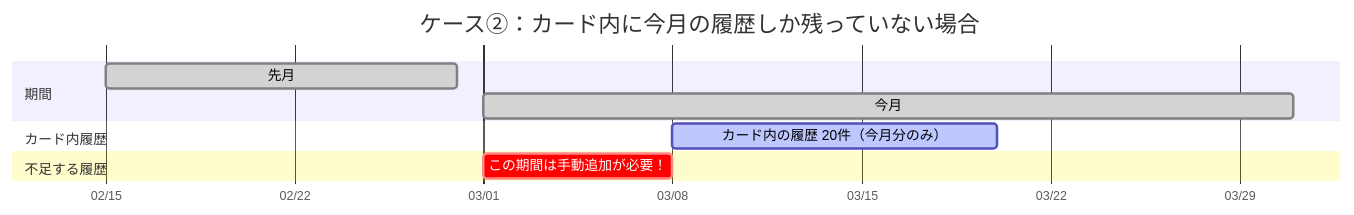
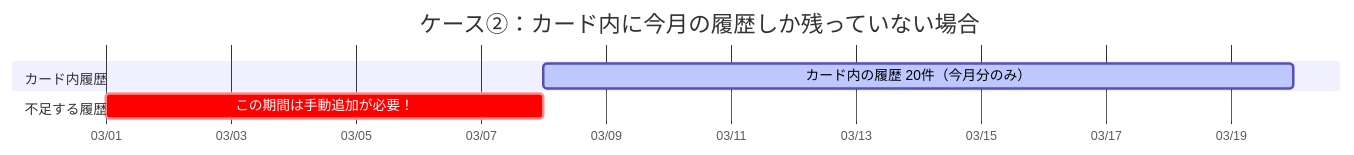
One commit to kuwayamamasayuki/ICCardManager changed the second of 2 diagrams in ICCardManager/docs/manual/管理者マニュアル.md. Above: the diagram before and after it, drawn with Mermaid. The commit also changed other lines of this file, not shown here.

First line of the commit message:
docs: Mermaid図から期間セクションを削除し行のずれを解消 (#950)

````diff
--- a/ICCardManager/docs/manual/管理者マニュアル.md
+++ b/ICCardManager/docs/manual/管理者マニュアル.md
@@ -402,13 +399,10 @@
 ```mermaid
 gantt
     title ケース②：カード内に今月の履歴しか残っていない場合
     dateFormat  MM-DD
     axisFormat  %m/%d
-    section 期間
-    先月           :done, 02-15, 02-28
-    今月           :done, 03-01, 03-31
     section カード内履歴
     カード内の履歴 20件（今月分のみ） :active, 03-08, 03-20
     section 不足する履歴
     この期間は手動追加が必要！       :crit, 03-01, 03-08
 ```
````
